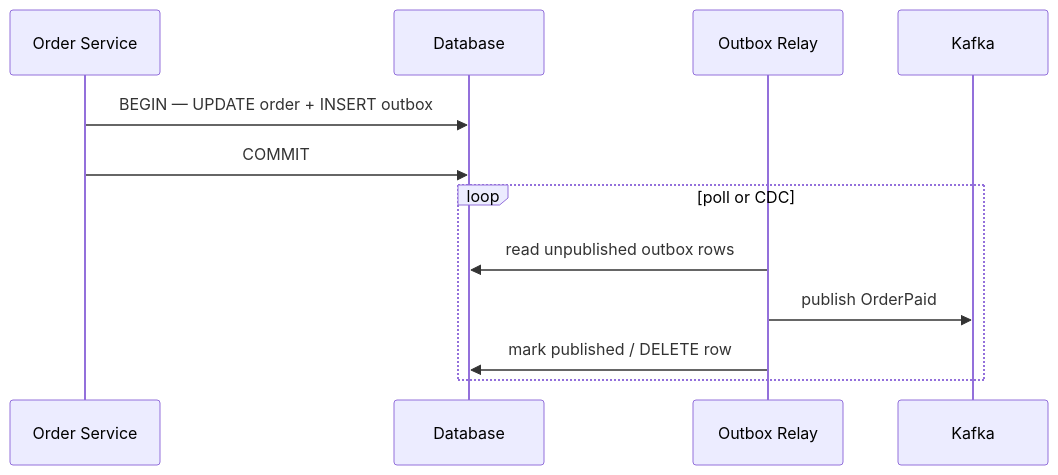
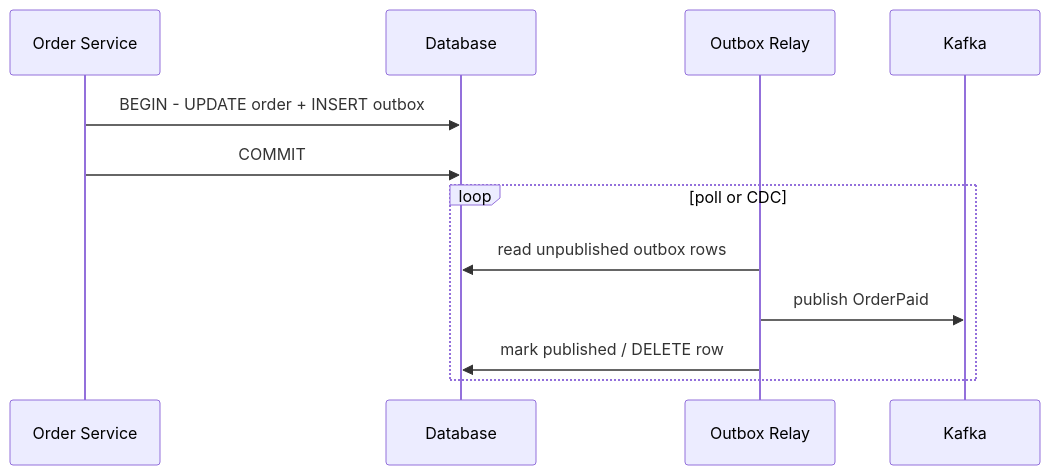
Before and after one commit to hareramcse/SystemDesign: diagram 24 of 27 in 06-messaging-and-events/README.md, drawn with Mermaid. The commit also changed other lines of this file and 14 other files, not shown here.

````diff
--- a/06-messaging-and-events/README.md
+++ b/06-messaging-and-events/README.md
@@ -1489,14 +1489,14 @@
 ```mermaid
 sequenceDiagram
     participant S as Order Service
     participant DB as Database
     participant R as Outbox Relay
     participant K as Kafka
-    S->>DB: BEGIN — UPDATE order + INSERT outbox
+    S->>DB: BEGIN - UPDATE order + INSERT outbox
     S->>DB: COMMIT
     loop poll or CDC
         R->>DB: read unpublished outbox rows
         R->>K: publish OrderPaid
         R->>DB: mark published / DELETE row
     end
 ```
````
